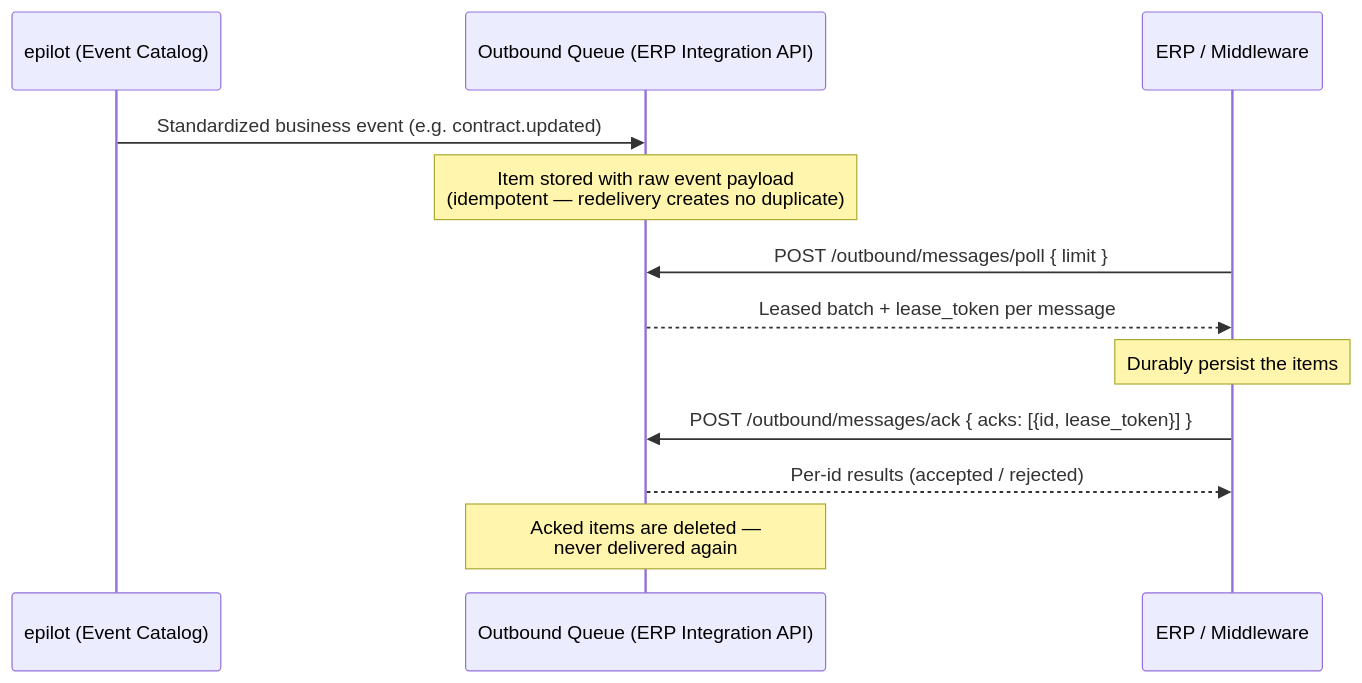
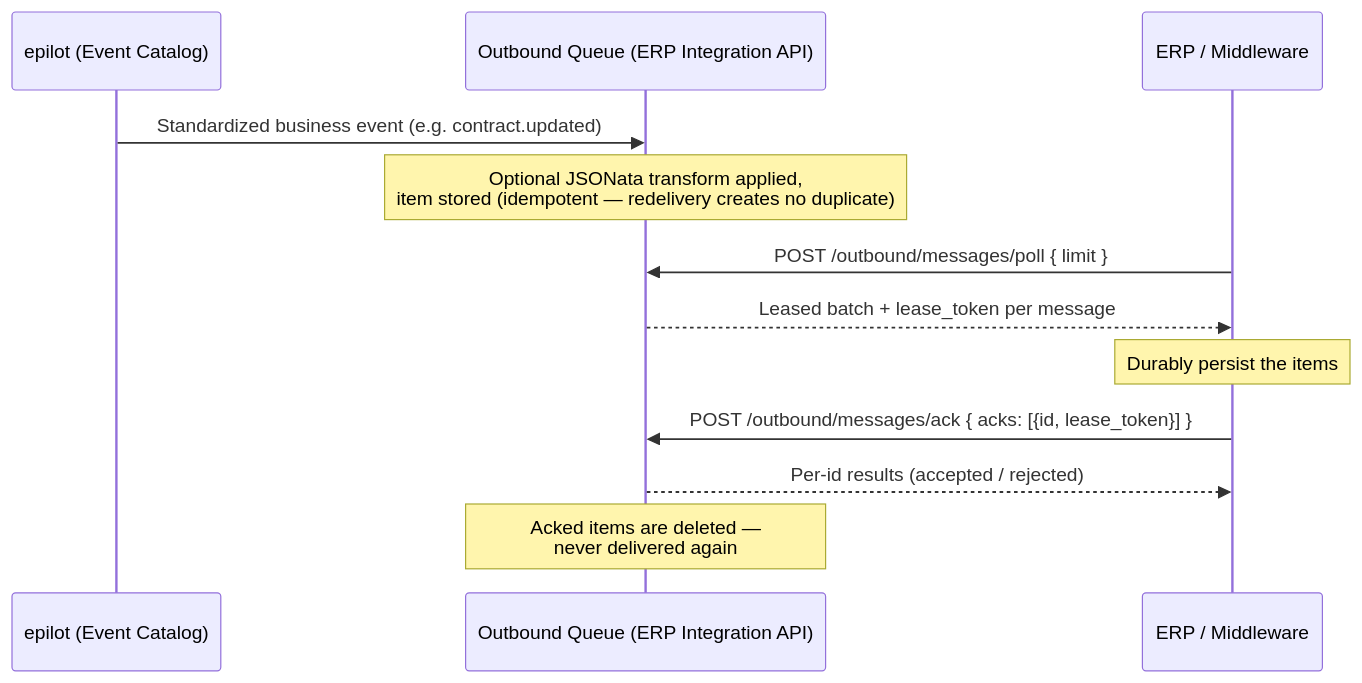
The diagram in docs/integrations/integration-toolkit/pollable-outbound.md (epilot-dev/docs), drawn with Mermaid before and after one commit. The commit also changed other lines of this file, not shown here.

First line of the commit message:
docs(integration-toolkit): document poll delivery JSONata transform

````diff
--- a/docs/integrations/integration-toolkit/pollable-outbound.md
+++ b/docs/integrations/integration-toolkit/pollable-outbound.md
@@ -26,15 +26,15 @@
 ```mermaid
 sequenceDiagram
     participant EC as epilot (Event Catalog)
     participant Q as Outbound Queue (ERP Integration API)
     participant ERP as ERP / Middleware
 
     EC->>Q: Standardized business event (e.g. contract.updated)
-    Note over Q: Item stored with raw event payload<br/>(idempotent — redelivery creates no duplicate)
+    Note over Q: Optional JSONata transform applied,<br/>item stored (idempotent — redelivery creates no duplicate)
     ERP->>Q: POST /outbound/messages/poll { limit }
     Q-->>ERP: Leased batch + lease_token per message
     Note over ERP: Durably persist the items
     ERP->>Q: POST /outbound/messages/ack { acks: [{id, lease_token}] }
     Q-->>ERP: Per-id results (accepted / rejected)
     Note over Q: Acked items are deleted —<br/>never delivered again
 ```
````
